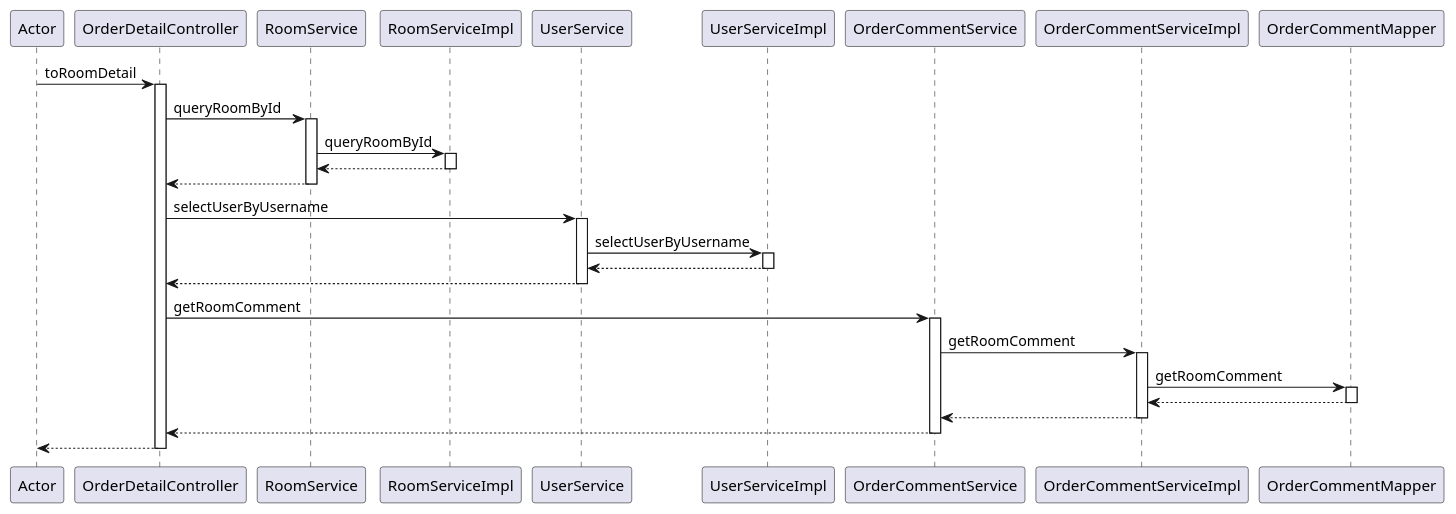
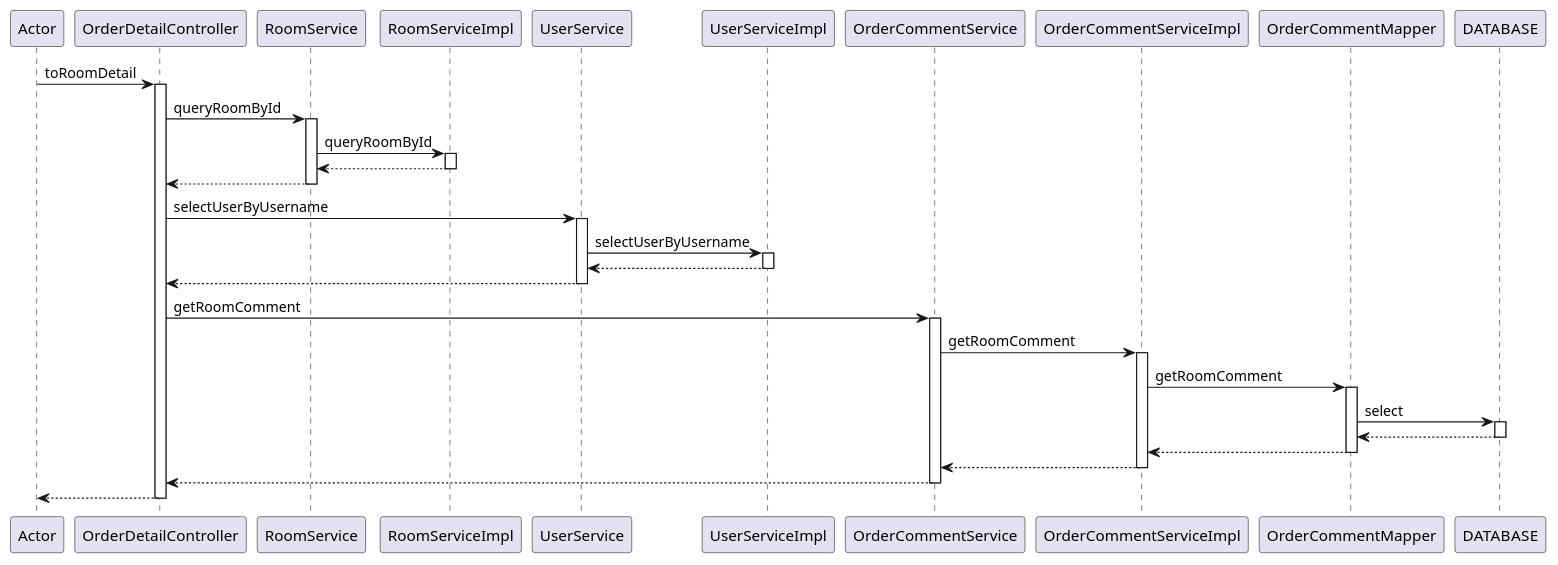
The diagram in src/main/resources/puml文件/squence/时序图puml文件/OrderDetailController_toRoomDetail.puml (will-liao/homestay), drawn with PlantUML before and after one commit. The commit also changed 131 other files, not shown here.

```diff
--- a/src/main/resources/puml文件/squence/时序图puml文件/OrderDetailController_toRoomDetail.puml
+++ b/src/main/resources/puml文件/squence/时序图puml文件/OrderDetailController_toRoomDetail.puml
@@ -1,34 +1,38 @@
 @startuml
 participant Actor
 Actor -> OrderDetailController : toRoomDetail
 activate OrderDetailController
 OrderDetailController -> RoomService : queryRoomById
 activate RoomService
 RoomService -> RoomServiceImpl : queryRoomById
 activate RoomServiceImpl
 RoomServiceImpl --> RoomService
 deactivate RoomServiceImpl
 RoomService --> OrderDetailController
 deactivate RoomService
 OrderDetailController -> UserService : selectUserByUsername
 activate UserService
 UserService -> UserServiceImpl : selectUserByUsername
 activate UserServiceImpl
 UserServiceImpl --> UserService
 deactivate UserServiceImpl
 UserService --> OrderDetailController
 deactivate UserService
 OrderDetailController -> OrderCommentService : getRoomComment
 activate OrderCommentService
 OrderCommentService -> OrderCommentServiceImpl : getRoomComment
 activate OrderCommentServiceImpl
 OrderCommentServiceImpl -> OrderCommentMapper : getRoomComment
 activate OrderCommentMapper
+OrderCommentMapper -> DATABASE : select
+activate DATABASE
+DATABASE --> OrderCommentMapper
+deactivate DATABASE
 OrderCommentMapper --> OrderCommentServiceImpl
 deactivate OrderCommentMapper
 OrderCommentServiceImpl --> OrderCommentService
 deactivate OrderCommentServiceImpl
 OrderCommentService --> OrderDetailController
 deactivate OrderCommentService
 return
 @enduml
```
